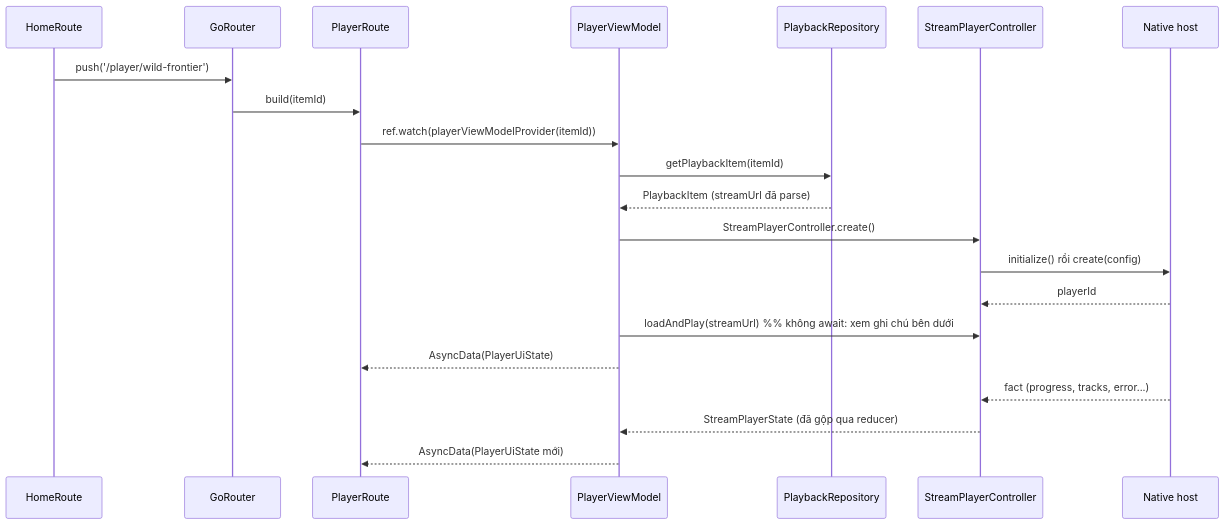
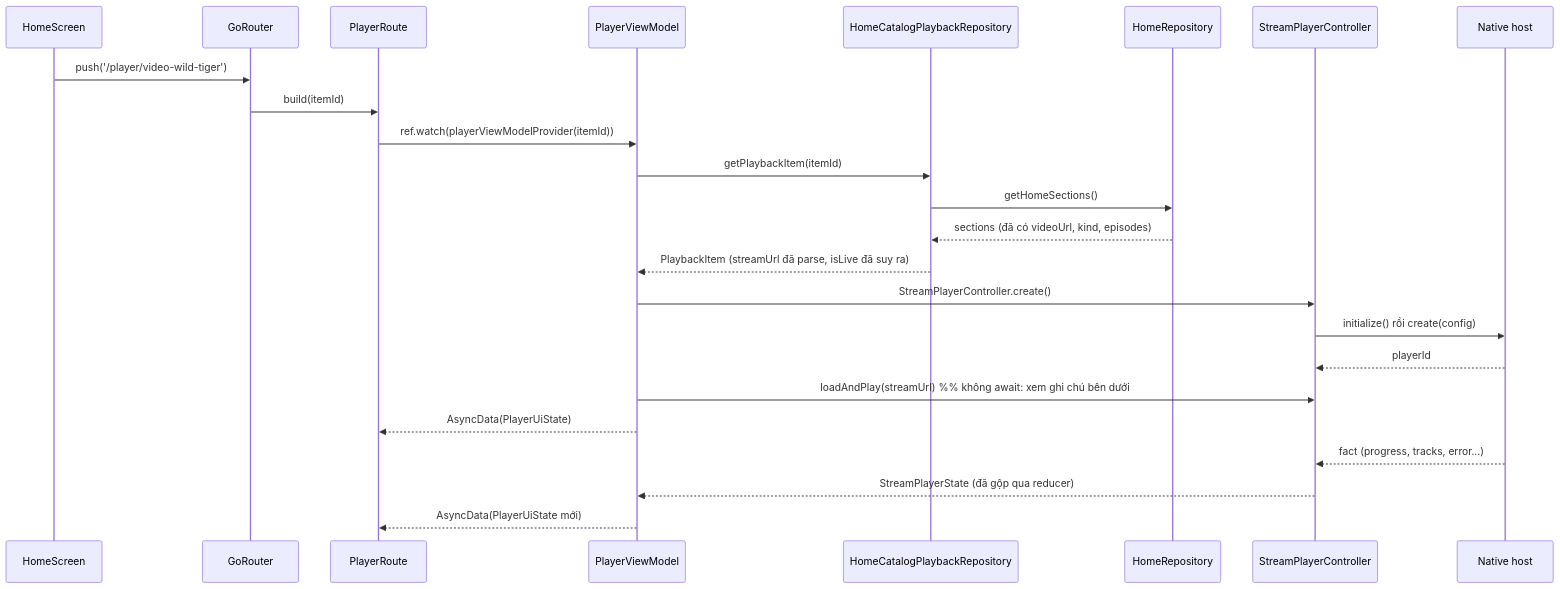
One commit to congnguyen1124/flutter-steam-tv changed the second of 2 diagrams in doc_architechture/native_player_bridge.md. Above: the diagram before and after it, drawn with Mermaid. The commit also changed other lines of this file and 66 other files, not shown here.

````diff
--- a/doc_architechture/native_player_bridge.md
+++ b/doc_architechture/native_player_bridge.md
@@ -143,24 +189,27 @@
 ```mermaid
 sequenceDiagram
-    participant H as HomeRoute
+    participant H as HomeScreen
     participant R as GoRouter
     participant PR as PlayerRoute
     participant VM as PlayerViewModel
-    participant Repo as PlaybackRepository
+    participant Repo as HomeCatalogPlaybackRepository
+    participant Home as HomeRepository
     participant C as StreamPlayerController
     participant N as Native host
 
-    H->>R: push('/player/wild-frontier')
+    H->>R: push('/player/video-wild-tiger')
     R->>PR: build(itemId)
     PR->>VM: ref.watch(playerViewModelProvider(itemId))
     VM->>Repo: getPlaybackItem(itemId)
-    Repo-->>VM: PlaybackItem (streamUrl đã parse)
+    Repo->>Home: getHomeSections()
+    Home-->>Repo: sections (đã có videoUrl, kind, episodes)
+    Repo-->>VM: PlaybackItem (streamUrl đã parse, isLive đã suy ra)
     VM->>C: StreamPlayerController.create()
     C->>N: initialize() rồi create(config)
     N-->>C: playerId
     VM->>C: loadAndPlay(streamUrl)  %% không await: xem ghi chú bên dưới
     VM-->>PR: AsyncData(PlayerUiState)
     N-->>C: fact (progress, tracks, error...)
     C-->>VM: StreamPlayerState (đã gộp qua reducer)
     VM-->>PR: AsyncData(PlayerUiState mới)
 ```
````
